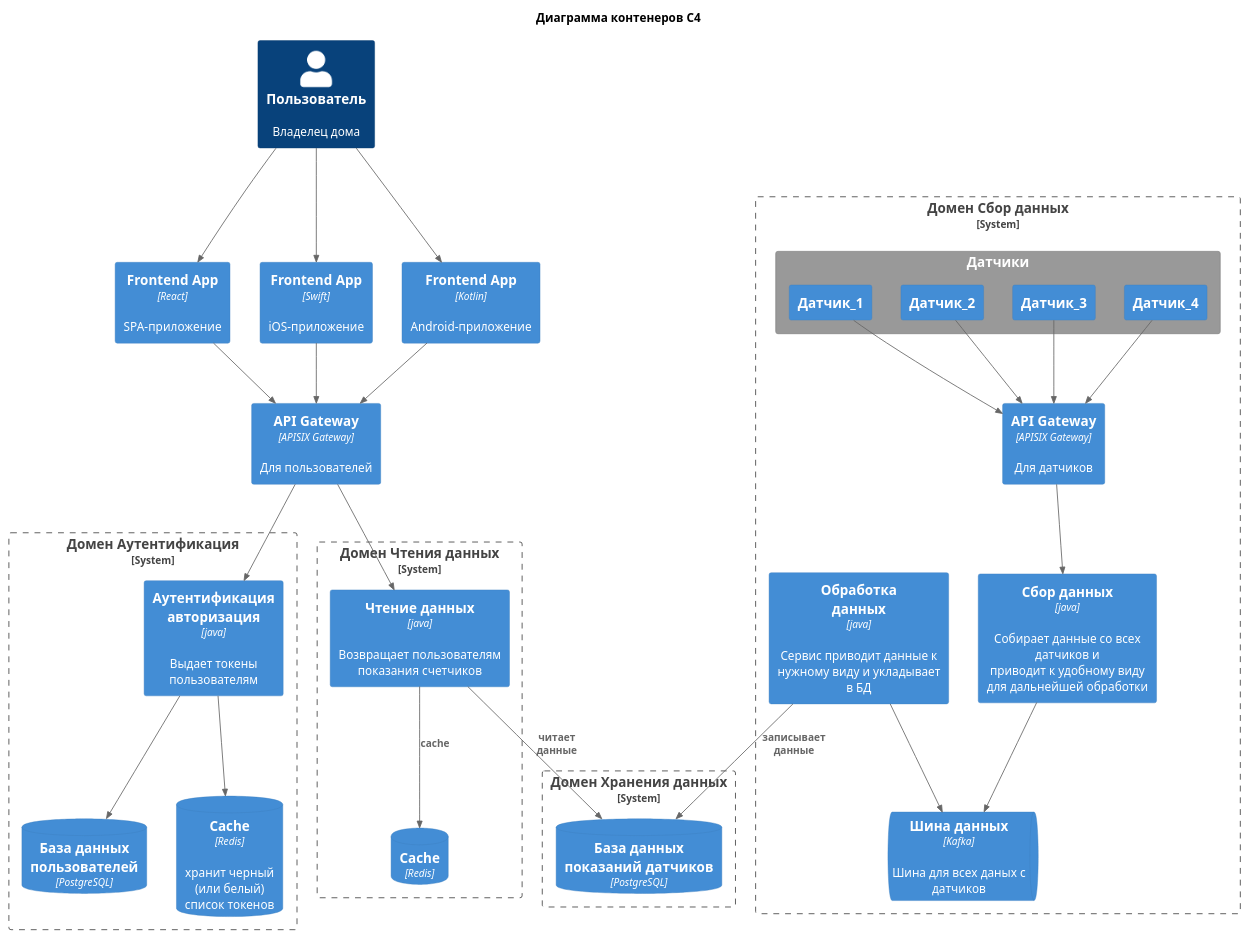
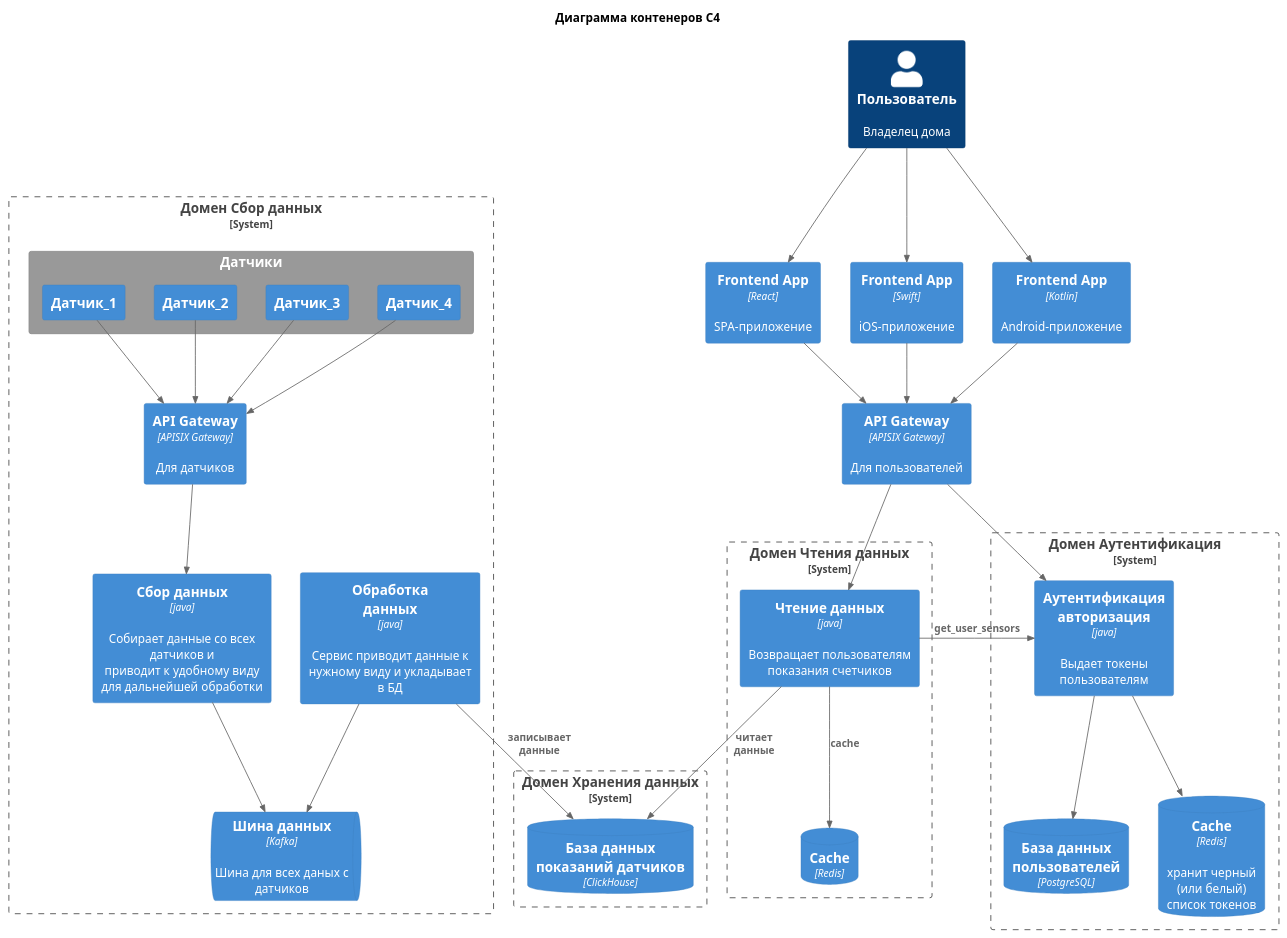
Before and after one commit to AlexPunches/architecture-sprint-3: the second of 7 diagrams in Project_template_part_1.md, drawn with PlantUML. The commit also changed other lines of this file, not shown here.

````diff
--- a/Project_template_part_1.md
+++ b/Project_template_part_1.md
@@ -72,68 +72,69 @@
 ```plantuml
 @startuml
 !include  https://raw.githubusercontent.com/plantuml-stdlib/C4-PlantUML/master/C4_Container.puml
 HIDE_STEREOTYPE()
 
 title Диаграмма контенеров C4
 
 Person(user, "Пользователь", "Владелец дома")
 Container(front, "Frontend App", "React", "SPA-приложение")
 Container(front_2, "Frontend App", "Swift", "iOS-приложение")
 Container(front_3, "Frontend App", "Kotlin", "Android-приложение")
 Container(gateway_1, "API Gateway", "APISIX Gateway", "Для пользователей")
 
 
 System_Boundary("domen_4", "Домен Хранения данных") {
-  ContainerDb(database, "База данных показаний датчиков", "PostgreSQL")
+  ContainerDb(database, "База данных показаний датчиков", "ClickHouse")
 }
 
 System_Boundary("domen_3", "Домен Чтения данных") {
   Container(backend, "Чтение данных", "java", "Возвращает пользователям показания счетчиков")
   ContainerDb(cache, "Cache", "Redis",)
 }
 
 System_Boundary("domen_2", "Домен Аутентификация") {
   ContainerDb(database_users, "База данных пользователей", "PostgreSQL", "")
   ContainerDb(cache_auth, "Cache", "Redis", "хранит черный\n(или белый)\nсписок токенов")
   Container(auth, "Аутентификация\nавторизация", "java", "Выдает токены пользователям")
 }
 
 System_Boundary("domen_1", "Домен Сбор данных") {
   Container(etl, "Обработка\nданных", "java", "Сервис приводит данные к нужному виду и укладывает в БД")
   Container(gateway_2, "API Gateway", "APISIX Gateway", "Для датчиков")
   Container(datastorage, "Сбор данных", "java", "Собирает данные со всех датчиков и\nприводит к удобному виду для дальнейшей обработки")
   System_Ext(sensors, "Датчики") {
     Container(sensor_1, "Датчик_1")
     Container(sensor_2, "Датчик_2")
     Container(sensor_3, "Датчик_3")
     Container(sensor_4, "Датчик_4")
   }
-ContainerQueue(databus, "Шина данных", "Kafka", "Шина для всех даных с датчиков")
+  ContainerQueue(databus, "Шина данных", "Kafka", "Шина для всех даных с датчиков")
 }
+
+Rel(user, front,)
+Rel(user, front_2,)
+Rel(user, front_3,)
+Rel(front, gateway_1,)
+Rel(front_2, gateway_1,)
+Rel(front_3, gateway_1,)
 
 Rel(sensor_1, gateway_2,)
 Rel(sensor_2, gateway_2,)
 Rel(sensor_3, gateway_2,)
 Rel(sensor_4, gateway_2,)
 Rel(gateway_2, datastorage,)
 Rel(gateway_1, auth,)
 Rel(gateway_1, backend,)
 
-Rel(user, front,)
-Rel(user, front_2,)
-Rel(user, front_3,)
-Rel(front, gateway_1,)
-Rel(front_2, gateway_1,)
-Rel(front_3, gateway_1,)
-
 Rel(backend, database, "читает\nданные")
 Rel(backend, cache, "cache")
+Rel_L(backend, auth, "get_user_sensors")
 Rel(auth, database_users,)
 Rel(auth, cache_auth,)
 Rel(datastorage, databus,)
 
 Rel(etl, databus, )
 Rel(etl, database, "записывает\nданные")
 
 @enduml
 ```
````
